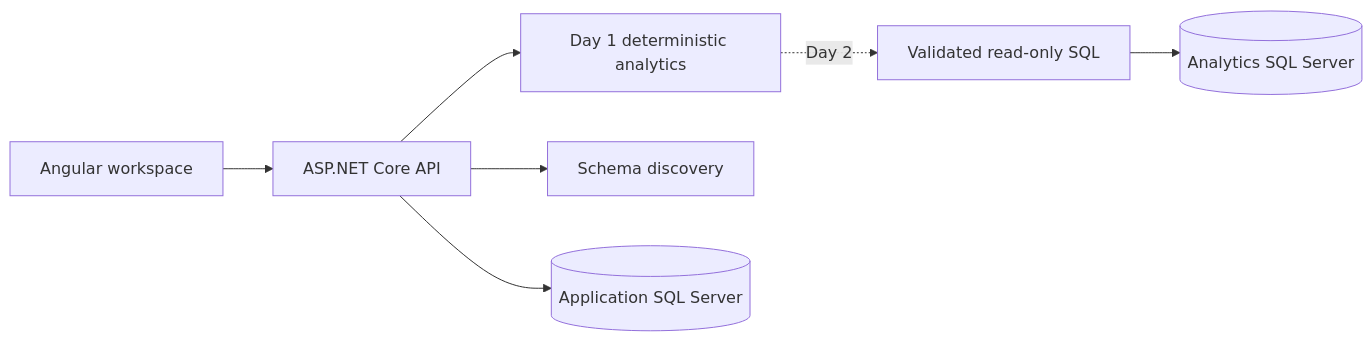
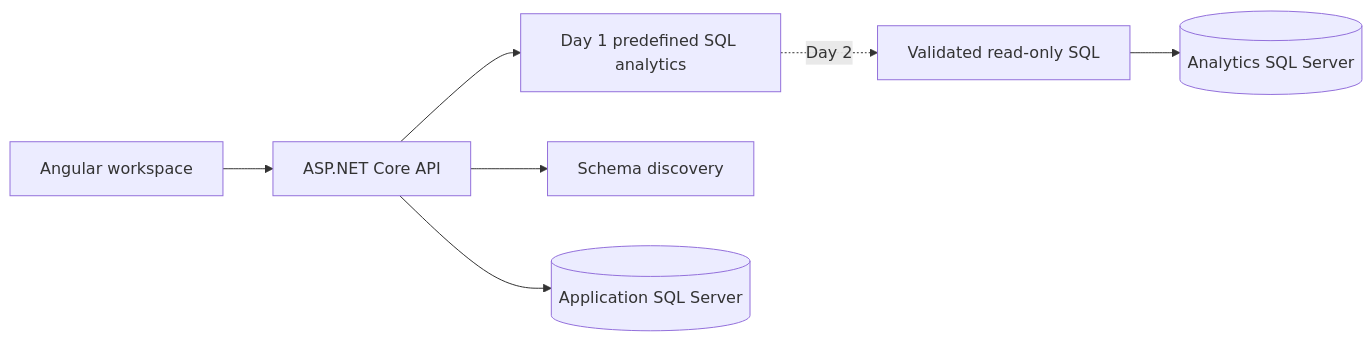
Before and after one commit to sakthere/QueryMind: the diagram in docs/architecture.md, drawn with Mermaid. The commit also changed other lines of this file and 8 other files, not shown here.

Commit message:
feat: execute Day 1 analytics against SQL Server

````diff
--- a/docs/architecture.md
+++ b/docs/architecture.md
@@ -5,9 +5,9 @@
 ```mermaid
 flowchart LR
  UI[Angular workspace] --> API[ASP.NET Core API]
- API --> D[Day 1 deterministic analytics]
+ API --> D[Day 1 predefined SQL analytics]
  API --> S[Schema discovery]
  D -. Day 2 .-> Q[Validated read-only SQL]
  Q --> A[(Analytics SQL Server)]
  API --> APP[(Application SQL Server)]
 ```
````
